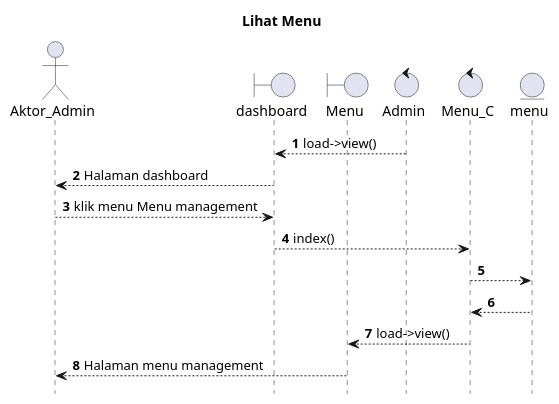
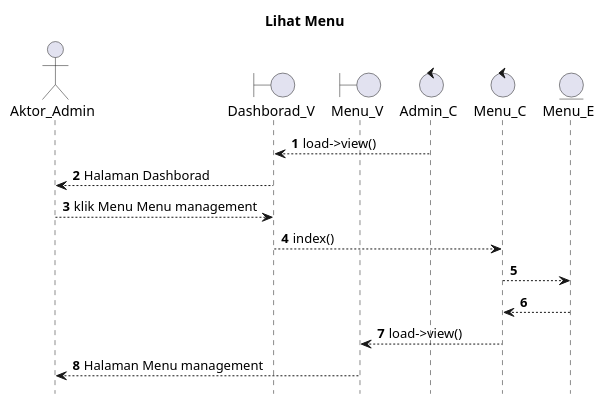
Before and after one commit to kurniado729/sistem_kp: the diagram in UML/admin/viewmenu.puml, drawn with PlantUML. The commit also changed 54 other files, not shown here.

```diff
--- a/UML/admin/viewmenu.puml
+++ b/UML/admin/viewmenu.puml
@@ -1,24 +1,24 @@
 @startuml
 
 autonumber
 hide footbox
 title Lihat Menu
 
 Actor Aktor_Admin
-boundary dashboard
-boundary Menu
-control Admin
+boundary Dashborad_V
+boundary Menu_V
+control Admin_C
 control Menu_C
-Entity menu
+Entity Menu_E
 
-Admin --> dashboard: load->view()
-dashboard --> Aktor_Admin: Halaman dashboard
-Aktor_Admin --> dashboard: klik menu Menu management
-dashboard --> Menu_C: index()
-Menu_C --> menu:
+Admin_C --> Dashborad_V: load->view()
+Dashborad_V --> Aktor_Admin: Halaman Dashborad
+Aktor_Admin --> Dashborad_V: klik Menu Menu management
+Dashborad_V --> Menu_C: index()
+Menu_C --> Menu_E:
     
-    menu --> Menu_C:
-    Menu_C --> Menu: load->view()
-    Menu --> Aktor_Admin: Halaman menu management
+    Menu_E --> Menu_C:
+    Menu_C --> Menu_V: load->view()
+    Menu_V --> Aktor_Admin: Halaman Menu management
 
 @enduml
```
